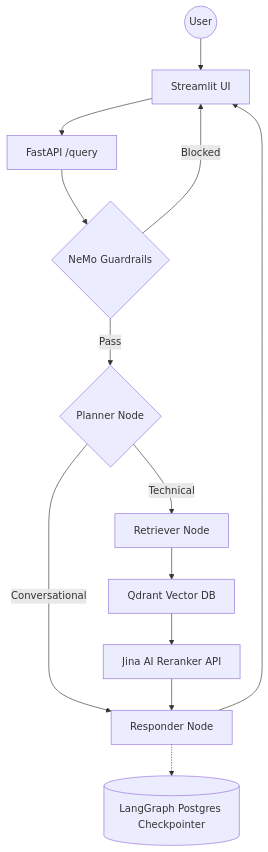
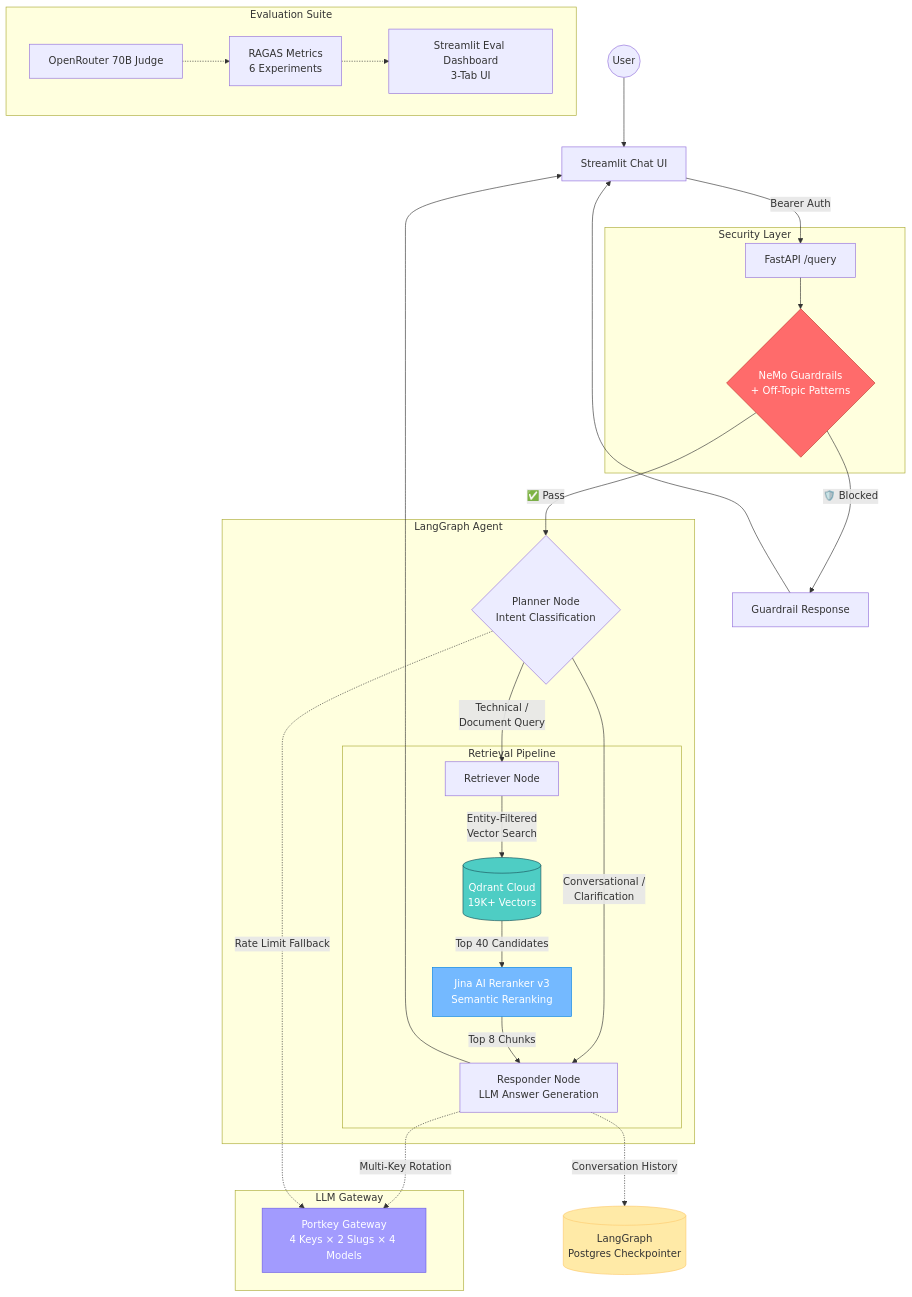
Before and after one commit to AnupamPatil899/Legal-RAG: the diagram in README.md, drawn with Mermaid. The commit also changed other lines of this file and 545 other files, not shown here.

Commit message:
eval pipeline, entity-filtered retrieval, multi-key LLM routing updated

````diff
--- a/README.md
+++ b/README.md
@@ -31,15 +31,47 @@
 ```mermaid
 graph TD
-    User((User)) --> UI[Streamlit UI]
-    UI --> API[FastAPI /query]
-    API --> Guard{NeMo Guardrails}
-    Guard -->|Blocked| UI
-    Guard -->|Pass| Planner{Planner Node}
-    Planner -->|Conversational| Responder[Responder Node]
-    Planner -->|Technical| Retriever[Retriever Node]
-    Retriever --> Qdrant[Qdrant Vector DB]
-    Qdrant --> Reranker[Jina AI Reranker API]
-    Reranker --> Responder
+    User((User)) --> UI[Streamlit Chat UI]
+    UI -->|Bearer Auth| API[FastAPI /query]
+
+    subgraph Security Layer
+        API --> Guard{NeMo Guardrails<br/>+ Off-Topic Patterns}
+    end
+
+    Guard -->|"🛡️ Blocked"| BlockResp[Guardrail Response]
+    BlockResp --> UI
+
+    Guard -->|"✅ Pass"| Planner
+
+    subgraph LangGraph Agent
+        Planner{Planner Node<br/>Intent Classification}
+        Planner -->|"Conversational /<br/>Clarification"| Responder
+        Planner -->|"Technical /<br/>Document Query"| Retriever
+
+        subgraph Retrieval Pipeline
+            Retriever[Retriever Node] -->|Entity-Filtered<br/>Vector Search| Qdrant[(Qdrant Cloud<br/>19K+ Vectors)]
+            Qdrant -->|Top 40 Candidates| Reranker[Jina AI Reranker v3<br/>Semantic Reranking]
+            Reranker -->|Top 8 Chunks| Responder
+        end
+
+        Responder[Responder Node<br/>LLM Answer Generation]
+    end
+
+    subgraph LLM Gateway
+        Responder -.->|Multi-Key Rotation| Portkey[Portkey Gateway<br/>4 Keys × 2 Slugs × 4 Models]
+        Planner -.->|Rate Limit Fallback| Portkey
+    end
+
     Responder --> UI
-    Responder -.-> Memory[(LangGraph Postgres Checkpointer)]
+    Responder -.->|Conversation History| Memory[(LangGraph<br/>Postgres Checkpointer)]
+
+    subgraph Evaluation Suite
+        Judge[OpenRouter 70B Judge] -.-> Metrics[RAGAS Metrics<br/>6 Experiments]
+        Metrics -.-> Dashboard[Streamlit Eval Dashboard<br/>3-Tab UI]
+    end
+
+    style Guard fill:#ff6b6b,stroke:#c0392b,color:#fff
+    style Qdrant fill:#4ecdc4,stroke:#1a535c,color:#fff
+    style Portkey fill:#a29bfe,stroke:#6c5ce7,color:#fff
+    style Memory fill:#ffeaa7,stroke:#fdcb6e,color:#333
+    style Reranker fill:#74b9ff,stroke:#0984e3,color:#fff
 ```
````
